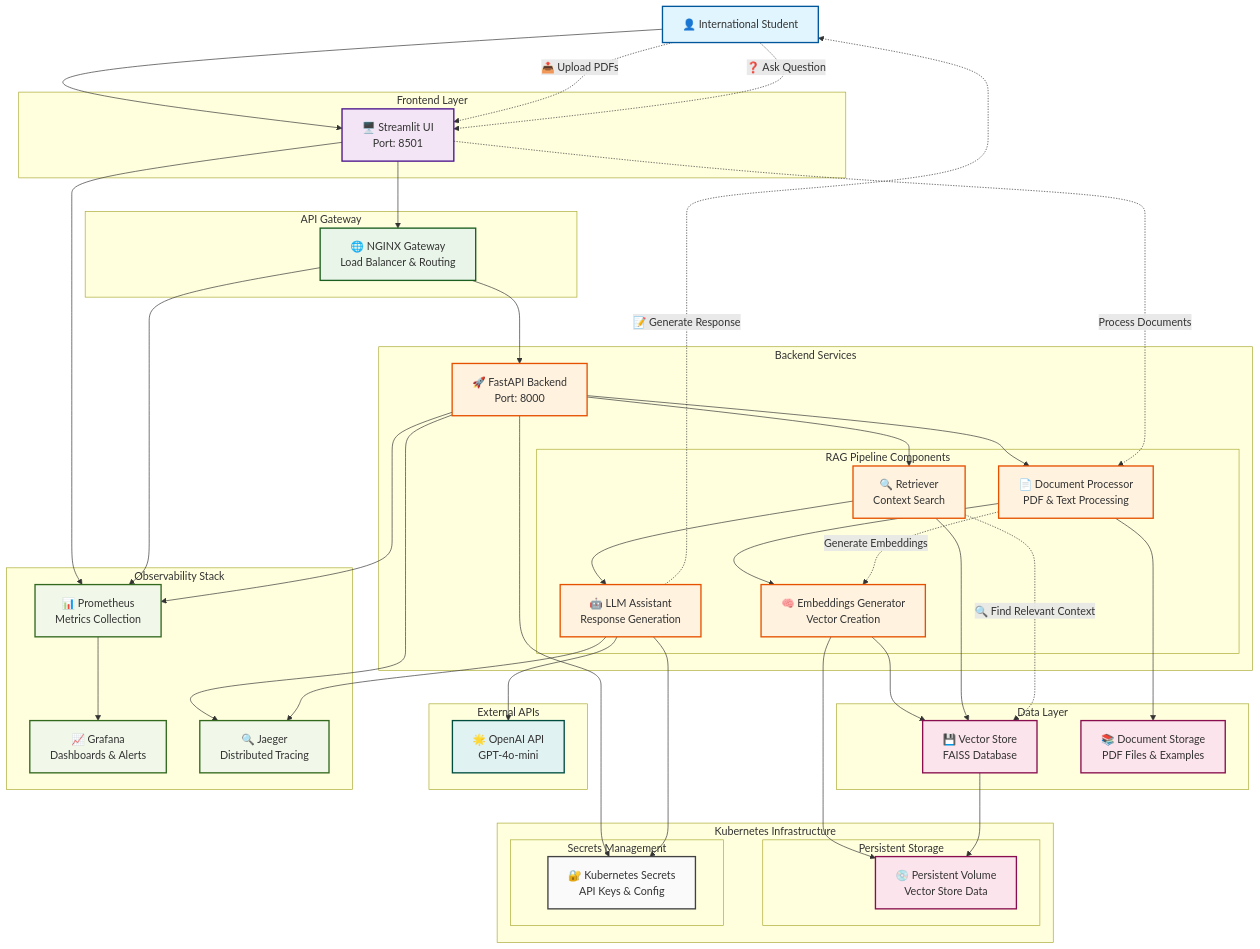
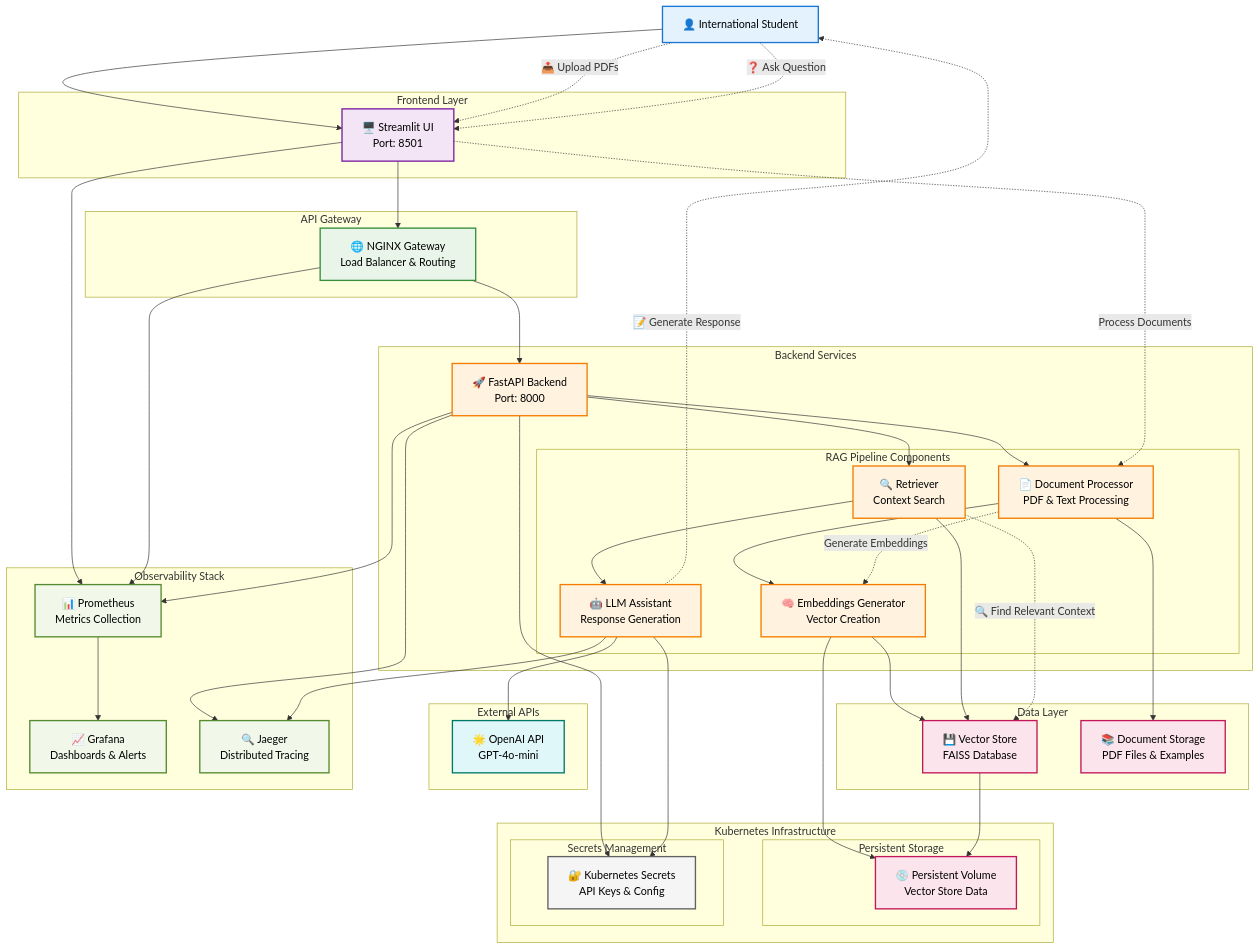
The diagram in README.md (kitan23/LLM-Agent-for-Visa), drawn with Mermaid before and after one commit.

Commit message:
improve readability of diagram in README

````diff
--- a/README.md
+++ b/README.md
@@ -110,22 +110,22 @@
     RET -.->|"🔍 Find Relevant Context"| VS
     LLM -.->|"📝 Generate Response"| User
     
-    %% Styling
-    classDef userClass fill:#e1f5fe,stroke:#01579b,stroke-width:2px
-    classDef frontendClass fill:#f3e5f5,stroke:#4a148c,stroke-width:2px
-    classDef gatewayClass fill:#e8f5e8,stroke:#1b5e20,stroke-width:2px
-    classDef backendClass fill:#fff3e0,stroke:#e65100,stroke-width:2px
-    classDef dataClass fill:#fce4ec,stroke:#880e4f,stroke-width:2px
-    classDef externalClass fill:#e0f2f1,stroke:#004d40,stroke-width:2px
-    classDef monitoringClass fill:#f1f8e9,stroke:#33691e,stroke-width:2px
-    classDef infraClass fill:#fafafa,stroke:#424242,stroke-width:2px
-    
-    class User userClass
-    class UI frontendClass
-    class NGINX gatewayClass
-    class API,DOC,EMB,RET,LLM backendClass
-    class VS,DOCS,PVC dataClass
-    class OPENAI externalClass
-    class PROM,GRAF,JAEG monitoringClass
-    class SEC infraClass
+         %% Styling for bright background and high contrast
+     classDef userClass fill:#e3f2fd,stroke:#1976d2,stroke-width:2px,color:#000000
+     classDef frontendClass fill:#f3e5f5,stroke:#7b1fa2,stroke-width:2px,color:#000000
+     classDef gatewayClass fill:#e8f5e8,stroke:#388e3c,stroke-width:2px,color:#000000
+     classDef backendClass fill:#fff3e0,stroke:#f57c00,stroke-width:2px,color:#000000
+     classDef dataClass fill:#fce4ec,stroke:#c2185b,stroke-width:2px,color:#000000
+     classDef externalClass fill:#e0f7fa,stroke:#00796b,stroke-width:2px,color:#000000
+     classDef monitoringClass fill:#f1f8e9,stroke:#558b2f,stroke-width:2px,color:#000000
+     classDef infraClass fill:#f5f5f5,stroke:#616161,stroke-width:2px,color:#000000
+     
+     class User userClass
+     class UI frontendClass
+     class NGINX gatewayClass
+     class API,DOC,EMB,RET,LLM backendClass
+     class VS,DOCS,PVC dataClass
+     class OPENAI externalClass
+     class PROM,GRAF,JAEG monitoringClass
+     class SEC infraClass
 ```
````
